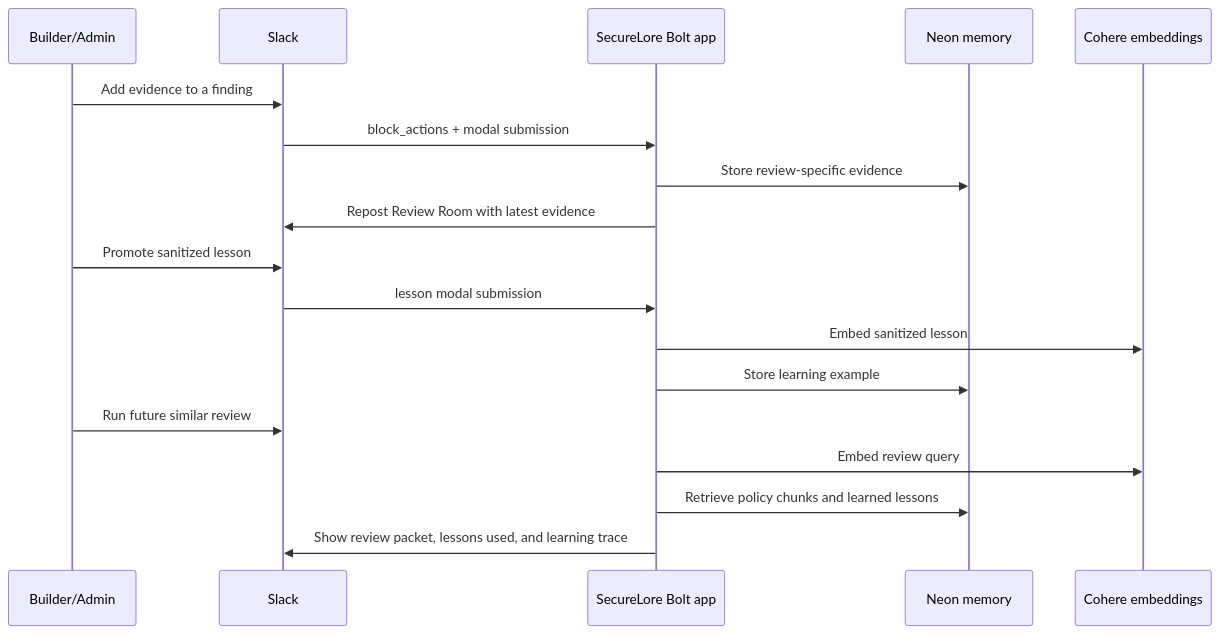
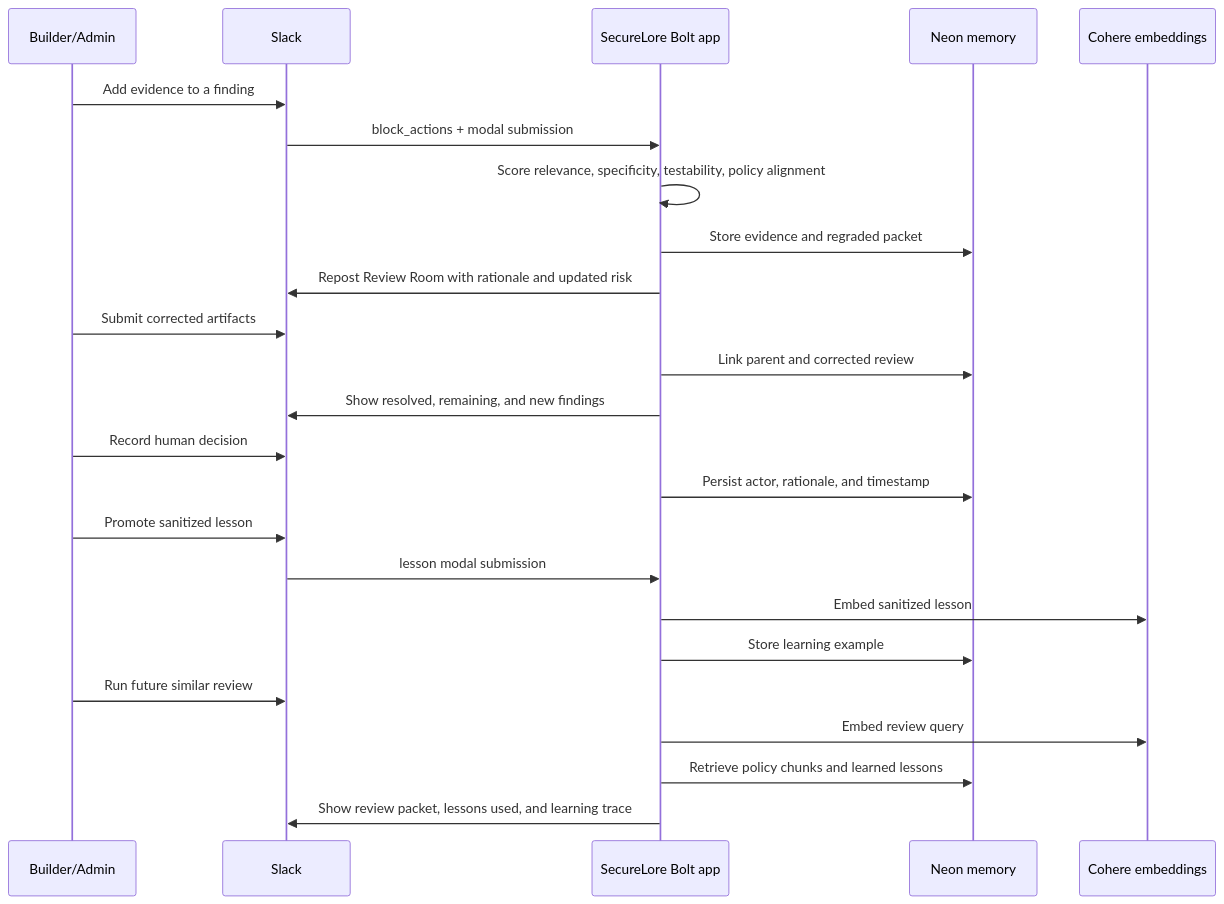
Before and after one commit to N-45div/SecureLore: the second of 4 diagrams in ARCHITECTURE.md, drawn with Mermaid. The commit also changed other lines of this file and 1 other file, not shown here.

Commit message:
docs: align submission story with shipped workflow

````diff
--- a/ARCHITECTURE.md
+++ b/ARCHITECTURE.md
@@ -25,21 +27,27 @@
 ```mermaid
 sequenceDiagram
   participant U as Builder/Admin
   participant S as Slack
   participant A as SecureLore Bolt app
   participant N as Neon memory
   participant C as Cohere embeddings
 
   U->>S: Add evidence to a finding
   S->>A: block_actions + modal submission
-  A->>N: Store review-specific evidence
-  A->>S: Repost Review Room with latest evidence
+  A->>A: Score relevance, specificity, testability, policy alignment
+  A->>N: Store evidence and regraded packet
+  A->>S: Repost Review Room with rationale and updated risk
+  U->>S: Submit corrected artifacts
+  A->>N: Link parent and corrected review
+  A->>S: Show resolved, remaining, and new findings
+  U->>S: Record human decision
+  A->>N: Persist actor, rationale, and timestamp
   U->>S: Promote sanitized lesson
   S->>A: lesson modal submission
   A->>C: Embed sanitized lesson
   A->>N: Store learning example
   U->>S: Run future similar review
   A->>C: Embed review query
   A->>N: Retrieve policy chunks and learned lessons
   A->>S: Show review packet, lessons used, and learning trace
 ```
````
